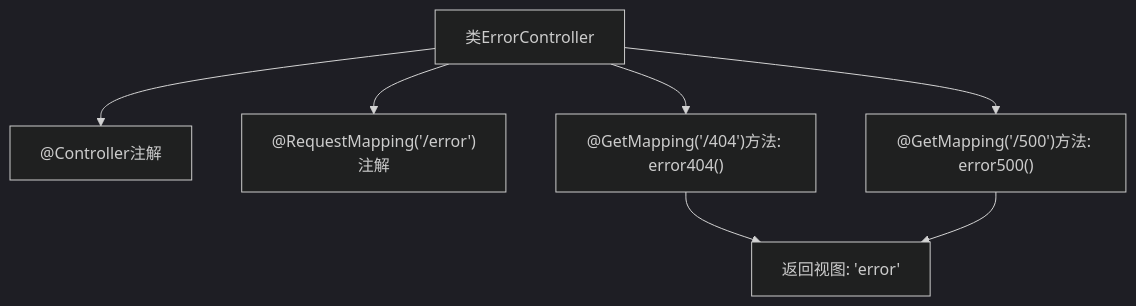
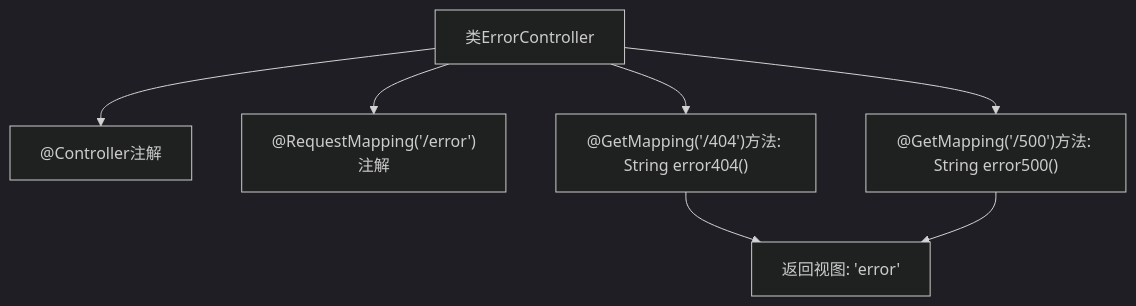
Before and after one commit to v-wjrong/binary_weixin-java-miniapp-demo: the second of 2 diagrams in docs/zh/docs/src/main/java/com/github/binarywang/demo/wx/miniapp/error/ErrorController.md, drawn with Mermaid (dark theme). The commit also changed other lines of this file and 47 other files, not shown here.

````diff
--- a/docs/zh/docs/src/main/java/com/github/binarywang/demo/wx/miniapp/error/ErrorController.md
+++ b/docs/zh/docs/src/main/java/com/github/binarywang/demo/wx/miniapp/error/ErrorController.md
@@ -61,16 +56,16 @@
 ```mermaid
 graph TD
     A["类ErrorController"]
     B["@Controller注解"]
     C["@RequestMapping('/error')注解"]
-    D["@GetMapping('/404')方法: error404()"]
-    E["@GetMapping('/500')方法: error500()"]
+    D["@GetMapping('/404')方法: String error404()"]
+    E["@GetMapping('/500')方法: String error500()"]
     F["返回视图: 'error'"]
 
     A --> B
     A --> C
     A --> D
     A --> E
     D --> F
     E --> F
 ```
````
